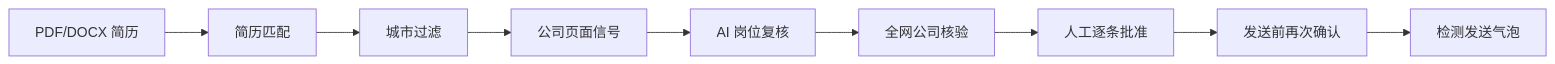
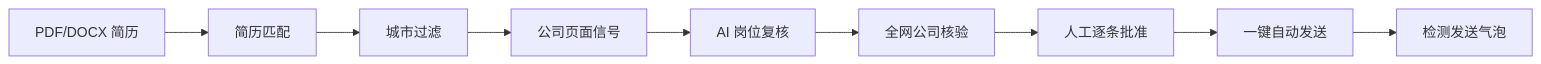
One commit to TAN123TYL/boss-job-assistant changed the diagram in README.md. Above: the diagram before and after it, drawn with Mermaid. The commit also changed other lines of this file and 11 other files, not shown here.

````diff
--- a/README.md
+++ b/README.md
@@ -9,11 +9,11 @@
 ```mermaid
 flowchart LR
   A[PDF/DOCX 简历] --> B[简历匹配]
   B --> C[城市过滤]
   C --> D[公司页面信号]
   D --> E[AI 岗位复核]
   E --> F[全网公司核验]
   F --> G[人工逐条批准]
-  G --> H[发送前再次确认]
+  G --> H[一键自动发送]
   H --> I[检测发送气泡]
 ```
````
